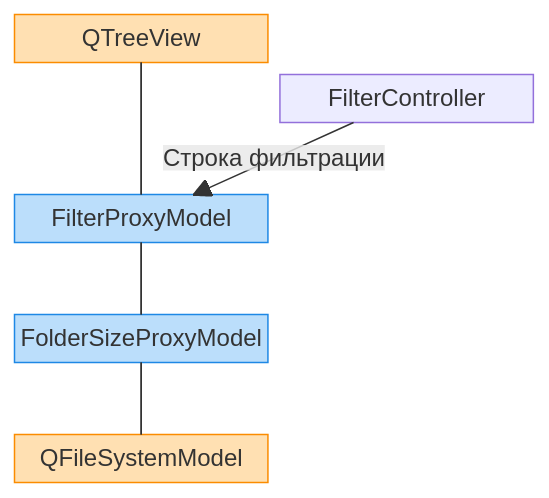
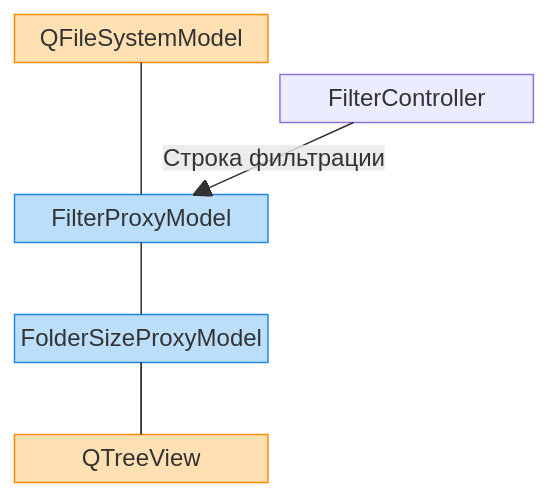
One commit to N3WC0DER/dirview changed the diagram in ASTRA.md. Above: the diagram before and after it, drawn with Mermaid. The commit also changed other lines of this file, not shown here.

Commit message:
Revise proxy layer structure in ASTRA.md [skip ci]
Updated the diagram and descriptions for proxy layers in QTreeView.

````diff
--- a/ASTRA.md
+++ b/ASTRA.md
@@ -17,29 +17,27 @@
 ```mermaid
 block
   columns 2
-  treeview["QTreeView"]
+  fsModel["QFileSystemModel"]
   space:2
   filterController["FilterController"]:1
   space:2
   filterProxy["FilterProxyModel"]:1
   space:1
   space:2
   folderSizeProxy["FolderSizeProxyModel"]
   space:1
   space:2
-  fsModel["QFileSystemModel"]
+  treeview["QTreeView"]
 
-  treeview --- filterProxy
-  filterProxy --- treeview
+  fsModel --- filterProxy
   filterProxy --- folderSizeProxy
   filterController-- "Строка фильтрации"  -->filterProxy
-  folderSizeProxy --- filterProxy
-  folderSizeProxy --- fsModel
-  fsModel --- folderSizeProxy
+  folderSizeProxy --- treeview
+  treeview --- folderSizeProxy
   
 
   style treeview fill:#ffe0b2,stroke:#fb8c00
   style filterProxy fill:#bbdefb,stroke:#1e88e5
   style folderSizeProxy fill:#bbdefb,stroke:#1e88e5
   style fsModel fill:#ffe0b2,stroke:#fb8c00
 ```
````
